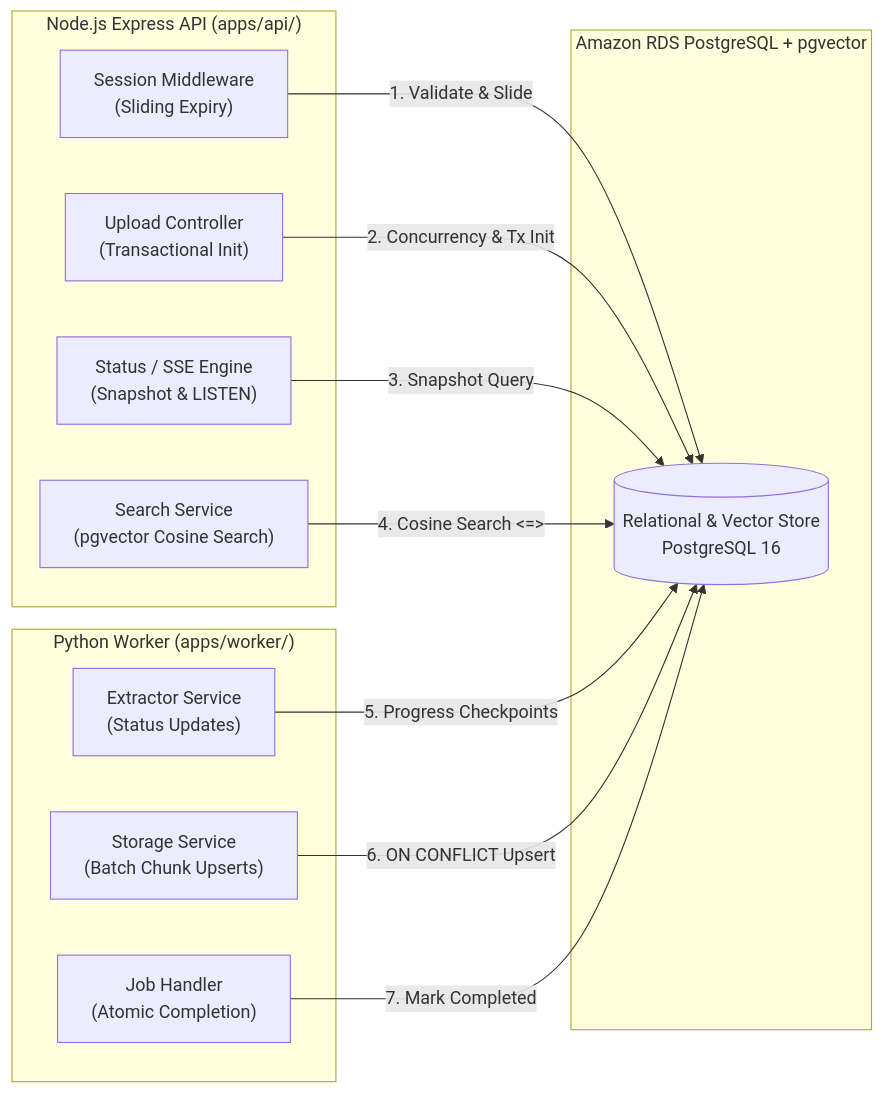
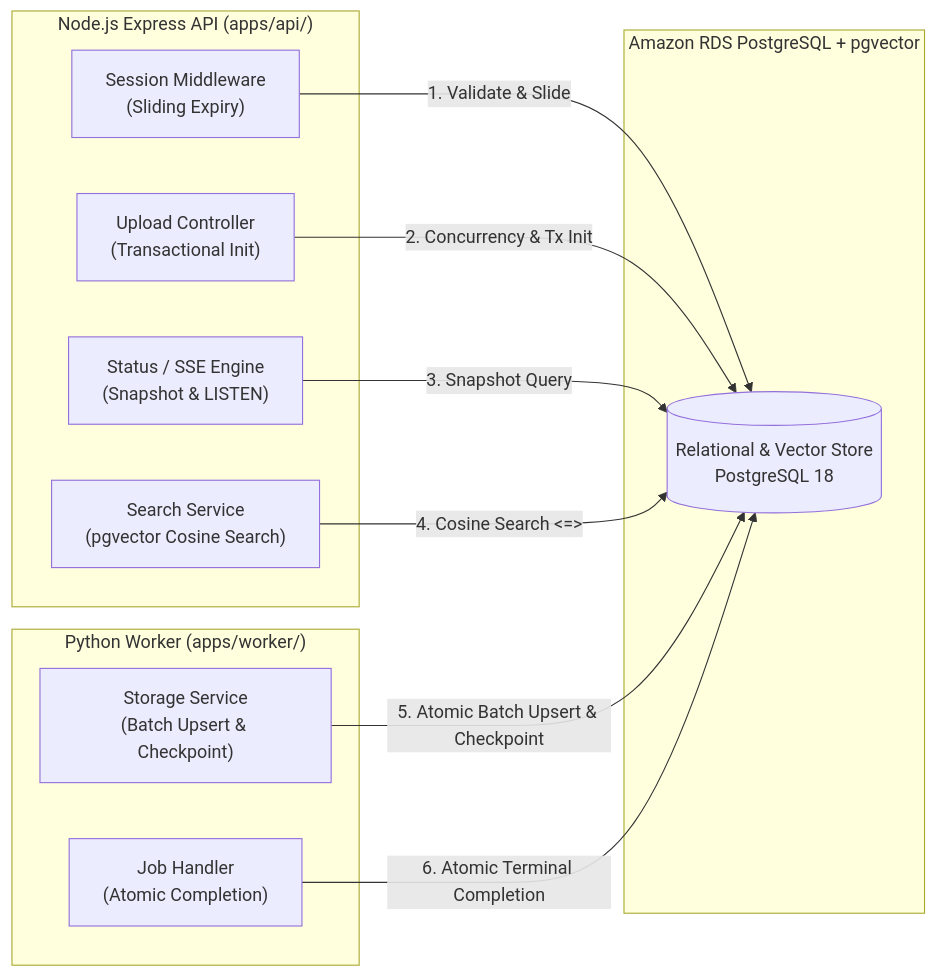
Before and after one commit to parth9218/Document-Intelligence-Platform: the diagram in docs-site/docs/database/access-patterns.md, drawn with Mermaid. The commit also changed other lines of this file and 7 other files, not shown here.

Commit message:
feat(docs): Implemented Phase-8: Database section — Schema, indexes, access patterns, PG NOTIFY, dual ORM

````diff
--- a/docs-site/docs/database/access-patterns.md
+++ b/docs-site/docs/database/access-patterns.md
@@ -16,28 +16,26 @@
 ```mermaid
 flowchart LR
     subgraph ExpressAPI ["Node.js Express API (apps/api/)"]
         Auth["Session Middleware<br/>(Sliding Expiry)"]
         Batch["Upload Controller<br/>(Transactional Init)"]
         Stream["Status / SSE Engine<br/>(Snapshot & LISTEN)"]
         RAG["Search Service<br/>(pgvector Cosine Search)"]
     end
 
     subgraph PostgreSQL ["Amazon RDS PostgreSQL + pgvector"]
-        RDS[("Relational & Vector Store<br/>PostgreSQL 16")]
+        RDS[("Relational & Vector Store<br/>PostgreSQL 18")]
     end
 
     subgraph PythonWorker ["Python Worker (apps/worker/)"]
-        Extract["Extractor Service<br/>(Status Updates)"]
-        Upsert["Storage Service<br/>(Batch Chunk Upserts)"]
+        BatchUpsert["Storage Service<br/>(Batch Upsert & Checkpoint)"]
         Complete["Job Handler<br/>(Atomic Completion)"]
     end
 
     Auth -->|1. Validate & Slide| RDS
     Batch -->|2. Concurrency & Tx Init| RDS
     Stream -->|3. Snapshot Query| RDS
     RAG -->|4. Cosine Search <=>| RDS
 
-    Extract -->|5. Progress Checkpoints| RDS
-    Upsert -->|6. ON CONFLICT Upsert| RDS
-    Complete -->|7. Mark Completed| RDS
+    BatchUpsert -->|5. Atomic Batch Upsert & Checkpoint| RDS
+    Complete -->|6. Atomic Terminal Completion| RDS
 ```
````
